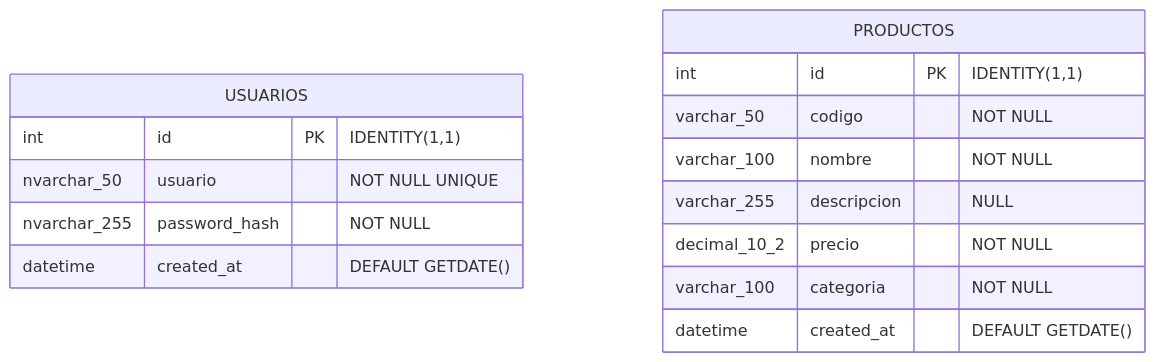
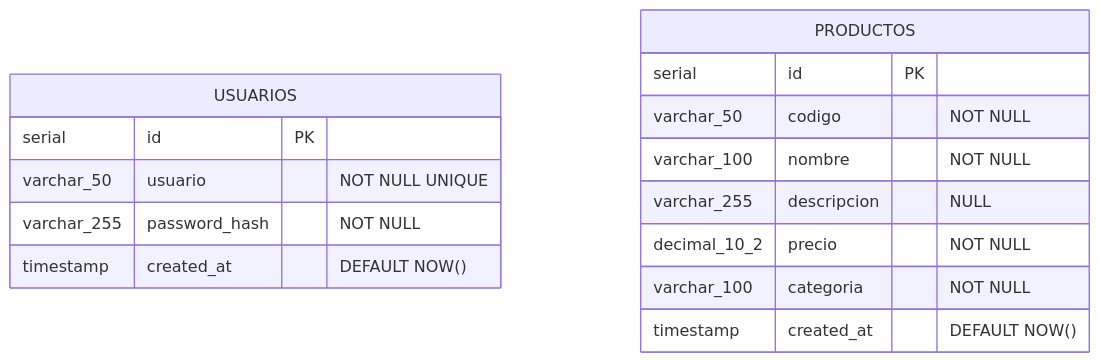
Before and after one commit to johannxnx/Gestor-Inventario: the diagram in docs/Diagramas/Diagrama ER.md, drawn with Mermaid. The commit also changed other lines of this file and 11 other files, not shown here.

````diff
--- a/docs/Diagramas/Diagrama ER.md
+++ b/docs/Diagramas/Diagrama ER.md
@@ -9,19 +9,19 @@
 ```mermaid
 erDiagram
     USUARIOS {
-        int id PK "IDENTITY(1,1)"
-        nvarchar_50 usuario "NOT NULL UNIQUE"
-        nvarchar_255 password_hash "NOT NULL"
-        datetime created_at "DEFAULT GETDATE()"
+        serial id PK
+        varchar_50 usuario "NOT NULL UNIQUE"
+        varchar_255 password_hash "NOT NULL"
+        timestamp created_at "DEFAULT NOW()"
     }
 
     PRODUCTOS {
-        int id PK "IDENTITY(1,1)"
+        serial id PK
         varchar_50 codigo "NOT NULL"
         varchar_100 nombre "NOT NULL"
         varchar_255 descripcion "NULL"
         decimal_10_2 precio "NOT NULL"
         varchar_100 categoria "NOT NULL"
-        datetime created_at "DEFAULT GETDATE()"
+        timestamp created_at "DEFAULT NOW()"
     }
 ```
````
